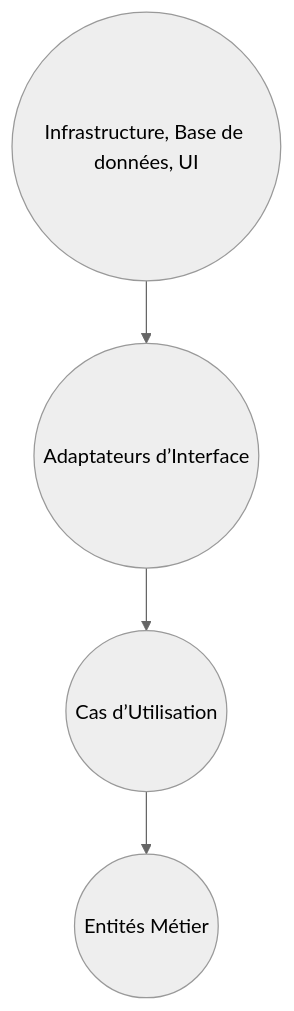
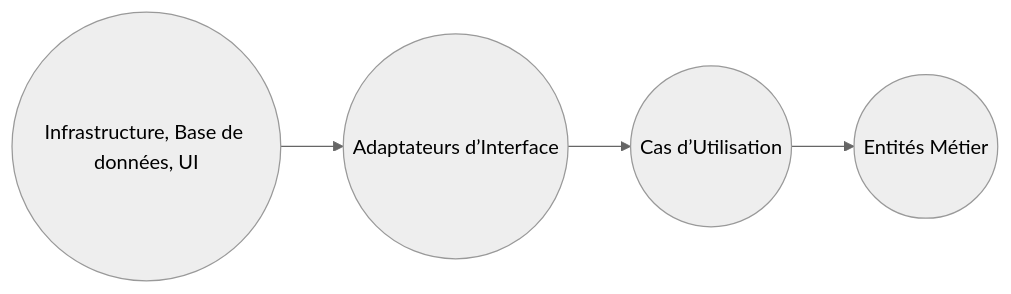
Before and after one commit to Laudroid/Live-Clean-Architecture: the first of 2 diagrams in 1-3-2-Les-règles-de-dépendance..md, drawn with Mermaid (neutral theme). The commit also changed 12 other files, not shown here.

````diff
--- a/1-3-2-Les-règles-de-dépendance..md
+++ b/1-3-2-Les-règles-de-dépendance..md
@@ -13,11 +13,11 @@
 ```mermaid
-graph TD
+graph LR
   Entities((Entités Métier))
   UseCases((Cas d’Utilisation))
   InterfaceAdapters((Adaptateurs d’Interface))
   Frameworks((Infrastructure, Base de données, UI))
 
   Frameworks --> InterfaceAdapters
   InterfaceAdapters --> UseCases
   UseCases --> Entities
 ```
````
